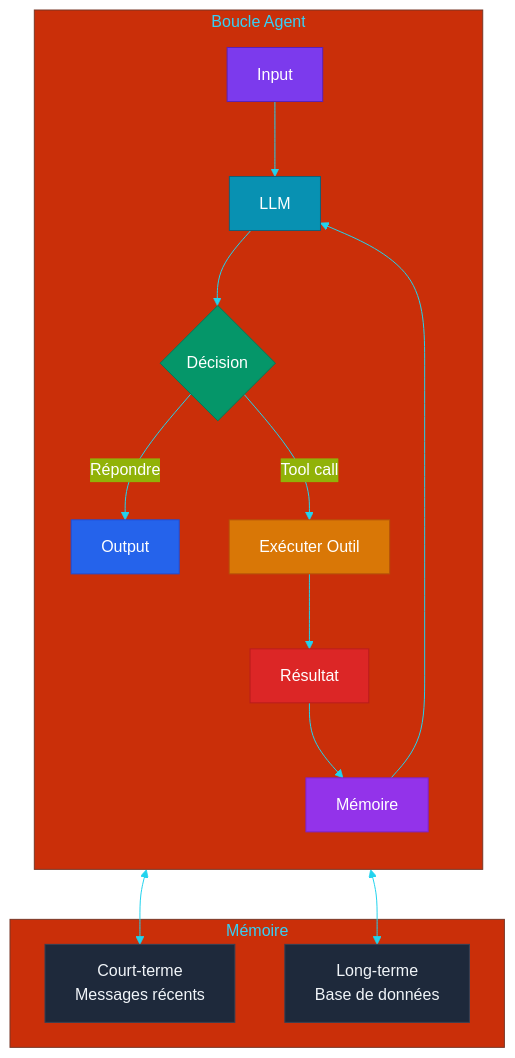
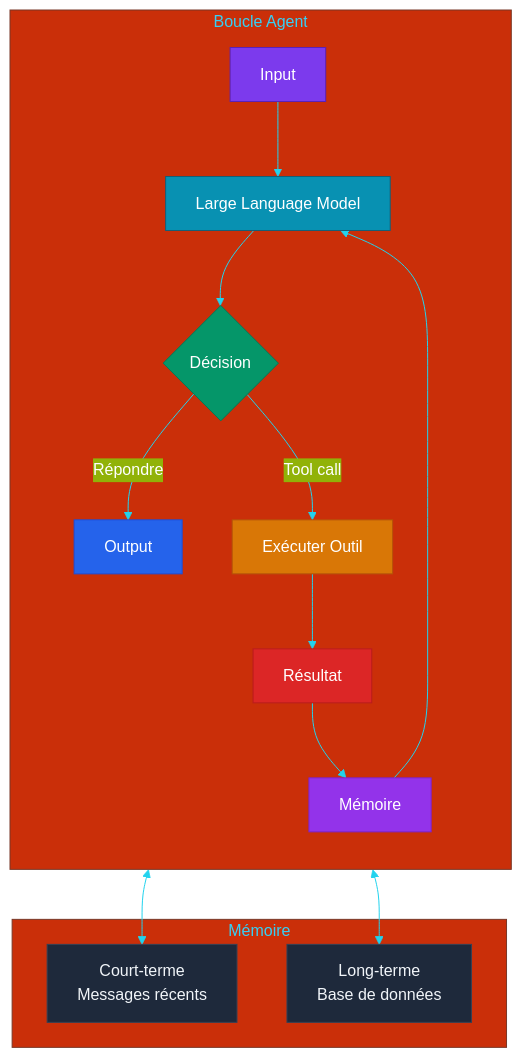
The second of 3 diagrams in CHAPITRE-04-architecture-agent.md (yugmerabtene/sdv-agentic), drawn with Mermaid before and after one commit. The commit also changed other lines of this file and 11 other files, not shown here.

````diff
--- a/CHAPITRE-04-architecture-agent.md
+++ b/CHAPITRE-04-architecture-agent.md
@@ -89,36 +98,36 @@
 ```mermaid
 %%{init: {'theme': 'base', 'themeVariables': {
   'primaryColor': '#0891b2',
   'primaryTextColor': '#fff',
   'lineColor': '#22d3ee'
 }}}%%
 graph TD
     subgraph "Boucle Agent"
         direction TB
-        I[Input] --> LLM[LLM]
+        I[Input] --> LLM[Large Language Model]
         LLM --> D{Décision}
         D -->|"Répondre"| O[Output]
         D -->|"Tool call"| T[Exécuter Outil]
         T --> R[Résultat]
         R --> M[Mémoire]
         M --> LLM
     end
     
     subgraph "Mémoire"
         CT[Court-terme<br/>Messages récents]
         LT[Long-terme<br/>Base de données]
     end
     
     M <--> CT
     M <--> LT
     
     style I fill:#7c3aed,color:#fff,stroke:#5b21b6
     style LLM fill:#0891b2,color:#fff,stroke:#155e75
     style D fill:#059669,color:#fff,stroke:#047857
     style O fill:#2563eb,color:#fff,stroke:#1d4ed8
     style T fill:#d97706,color:#fff,stroke:#b45309
     style R fill:#dc2626,color:#fff,stroke:#b91c1c
     style M fill:#9333ea,color:#fff,stroke:#7e22ce
     style CT fill:#1e293b,color:#f1f5f9,stroke:#334155
     style LT fill:#1e293b,color:#f1f5f9,stroke:#334155
 ```
````
